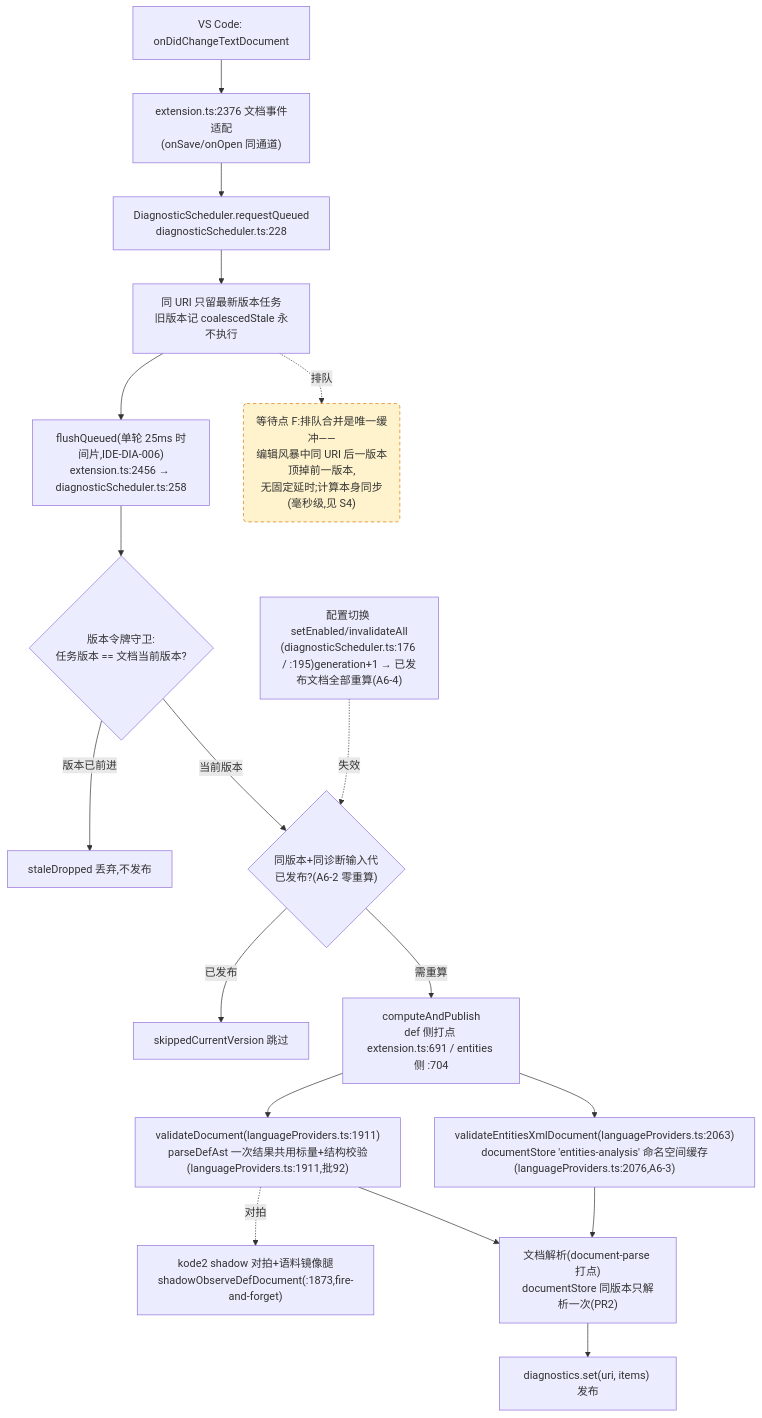
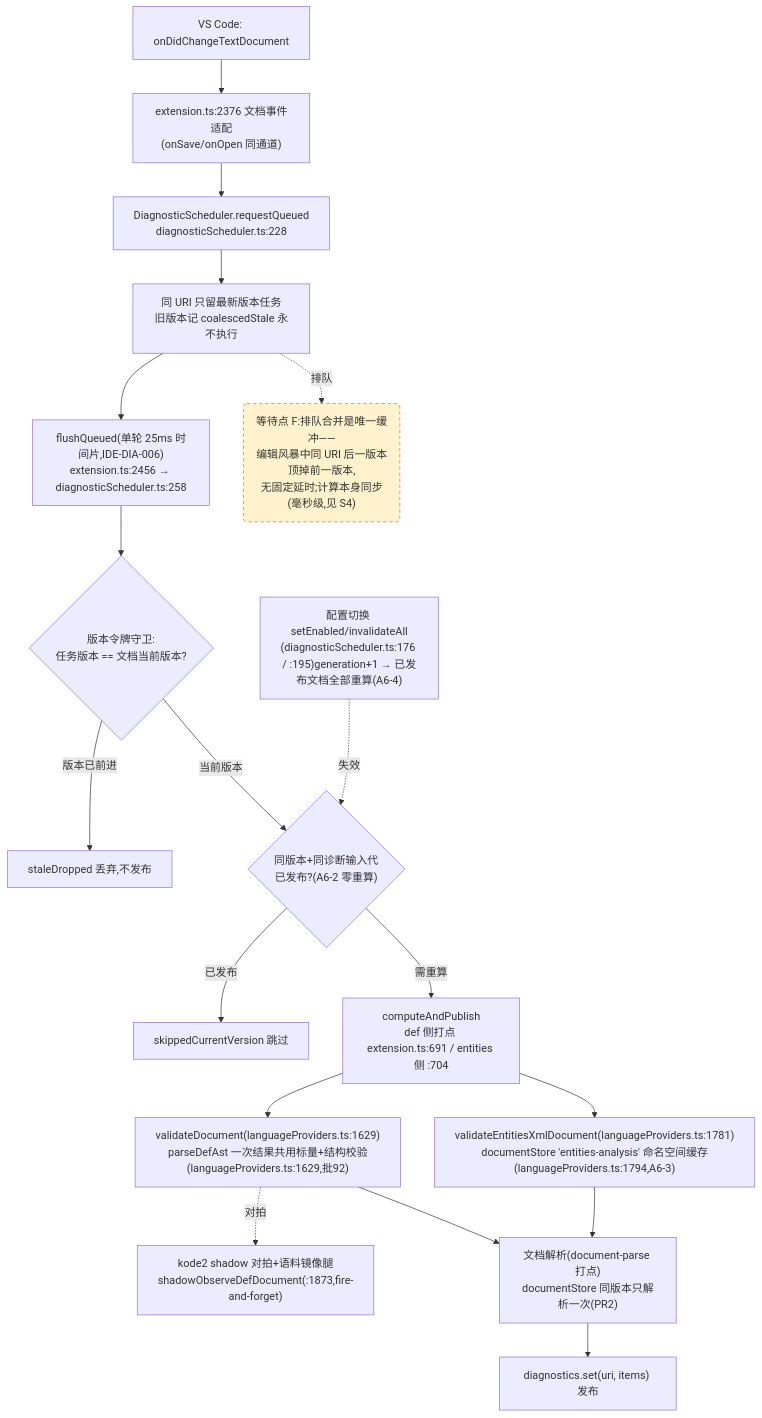
Before and after one commit to cuihairu/kode: the fourth of 4 diagrams in docs/perf/2026-baseline.md, drawn with Mermaid. The commit also changed other lines of this file and 4 other files, not shown here.

First line of the commit message:
refactor(arch): KODE-ARCH-001 step 1 — extract languageProviders/reveal + shared (pure move, zero behavior change)

````diff
--- a/docs/perf/2026-baseline.md
+++ b/docs/perf/2026-baseline.md
@@ -214,38 +214,38 @@
 ```mermaid
 flowchart TD
   CHG["VS Code: onDidChangeTextDocument"]
   WATCH["extension.ts:2376 文档事件适配<br/>(onSave/onOpen 同通道)"]
   RQ["DiagnosticScheduler.requestQueued<br/>diagnosticScheduler.ts:228"]
   CO["同 URI 只留最新版本任务<br/>旧版本记 coalescedStale 永不执行"]
   FL["flushQueued(单轮 25ms 时间片,IDE-DIA-006)<br/>extension.ts:2456 → diagnosticScheduler.ts:258"]
   VG{"版本令牌守卫:<br/>任务版本 == 文档当前版本?"}
   DROP["staleDropped 丢弃,不发布"]
   GEN{"同版本+同诊断输入代<br/>已发布?(A6-2 零重算)"}
   SKIP["skippedCurrentVersion 跳过"]
   CALC["computeAndPublish<br/>def 侧打点 extension.ts:691 / entities 侧 :704"]
-  VD["validateDocument(languageProviders.ts:1911)<br/>parseDefAst 一次结果共用标量+结构校验(languageProviders.ts:1911,批92)"]
-  VEX["validateEntitiesXmlDocument(languageProviders.ts:2063)<br/>documentStore 'entities-analysis' 命名空间缓存(languageProviders.ts:2076,A6-3)"]
+  VD["validateDocument(languageProviders.ts:1629)<br/>parseDefAst 一次结果共用标量+结构校验(languageProviders.ts:1629,批92)"]
+  VEX["validateEntitiesXmlDocument(languageProviders.ts:1781)<br/>documentStore 'entities-analysis' 命名空间缓存(languageProviders.ts:1794,A6-3)"]
   SHDD["kode2 shadow 对拍+语料镜像腿<br/>shadowObserveDefDocument(:1873,fire-and-forget)"]
   DS["文档解析(document-parse 打点)<br/>documentStore 同版本只解析一次(PR2)"]
   PUB["diagnostics.set(uri, items) 发布"]
   CFG2["配置切换 setEnabled/invalidateAll<br/>(diagnosticScheduler.ts:176 / :195)generation+1 → 已发布文档全部重算(A6-4)"]
 
   CHG --> WATCH --> RQ --> CO --> FL --> VG
   VG -- "版本已前进" --> DROP
   VG -- "当前版本" --> GEN
   GEN -- "已发布" --> SKIP
   GEN -- "需重算" --> CALC
   CALC --> VD
   CALC --> VEX
   VD --> DS
   VEX --> DS
   DS --> PUB
   VD -.->|对拍| SHDD
   CFG2 -.->|失效| GEN
 
   WAITF("等待点 F:排队合并是唯一缓冲——<br/>编辑风暴中同 URI 后一版本顶掉前一版本,<br/>无固定延时;计算本身同步(毫秒级,见 S4)")
   CO -.->|排队| WAITF
 
   classDef waitPoint fill:#fff3cd,stroke:#d97706,stroke-dasharray:5 4;
   class WAITF waitPoint;
 ```
````
